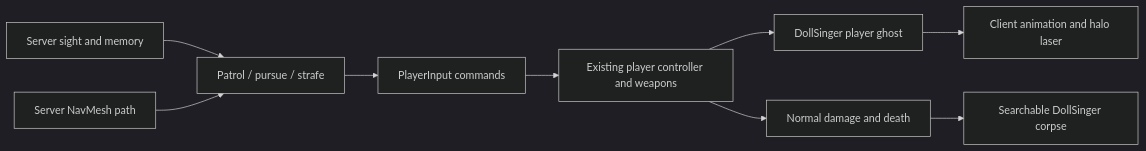
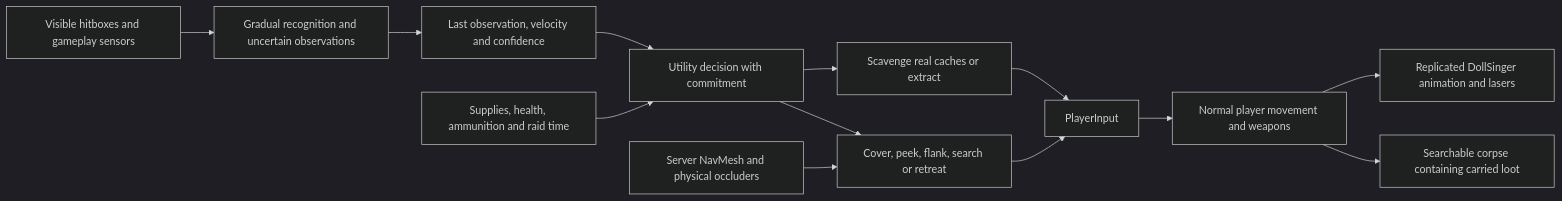
The diagram in Docs/AI/DollSingerEnemies.md (MorrowHome/Moonkov), drawn with Mermaid (dark theme) before and after one commit. The commit also changed other lines of this file and 18 other files, not shown here.

Commit message:
Add goal-driven tactical DollSinger PMCs

````diff
--- a/Docs/AI/DollSingerEnemies.md
+++ b/Docs/AI/DollSingerEnemies.md
@@ -8,11 +9,15 @@
 ```mermaid
 flowchart LR
-    Sight[Server sight and memory] --> Brain[Patrol / pursue / strafe]
-    Navigation[Server NavMesh path] --> Brain
-    Brain --> Input[PlayerInput commands]
-    Input --> Movement[Existing player controller and weapons]
-    Movement --> Ghost[DollSinger player ghost]
-    Ghost --> Clients[Client animation and halo laser]
-    Movement --> Death[Normal damage and death]
-    Death --> Corpse[Searchable DollSinger corpse]
+    World[Visible hitboxes and gameplay sensors] --> Perception[Gradual recognition and uncertain observations]
+    Perception --> Memory[Last observation, velocity and confidence]
+    Memory --> Decision[Utility decision with commitment]
+    Raid[Supplies, health, ammunition and raid time] --> Decision
+    Decision --> Objectives[Scavenge real caches or extract]
+    Decision --> Tactics[Cover, peek, flank, search or retreat]
+    Geometry[Server NavMesh and physical occluders] --> Tactics
+    Objectives --> Motor[PlayerInput]
+    Tactics --> Motor
+    Motor --> Player[Normal player movement and weapons]
+    Player --> Ghost[Replicated DollSinger animation and lasers]
+    Player --> Death[Searchable corpse containing carried loot]
 ```
````
